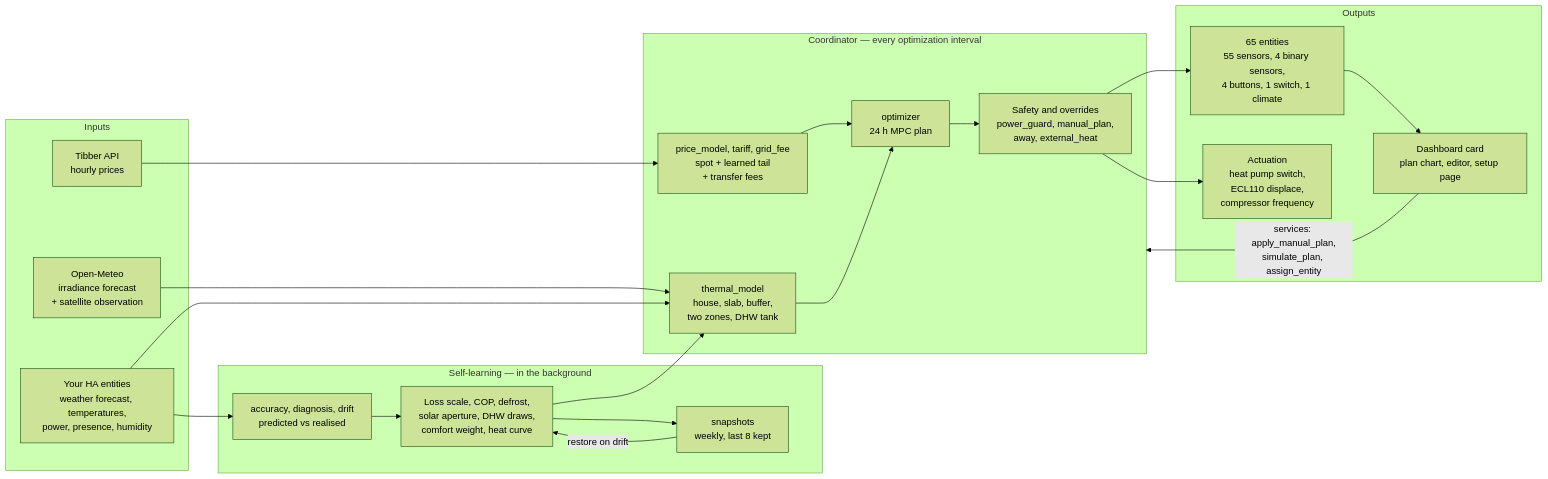
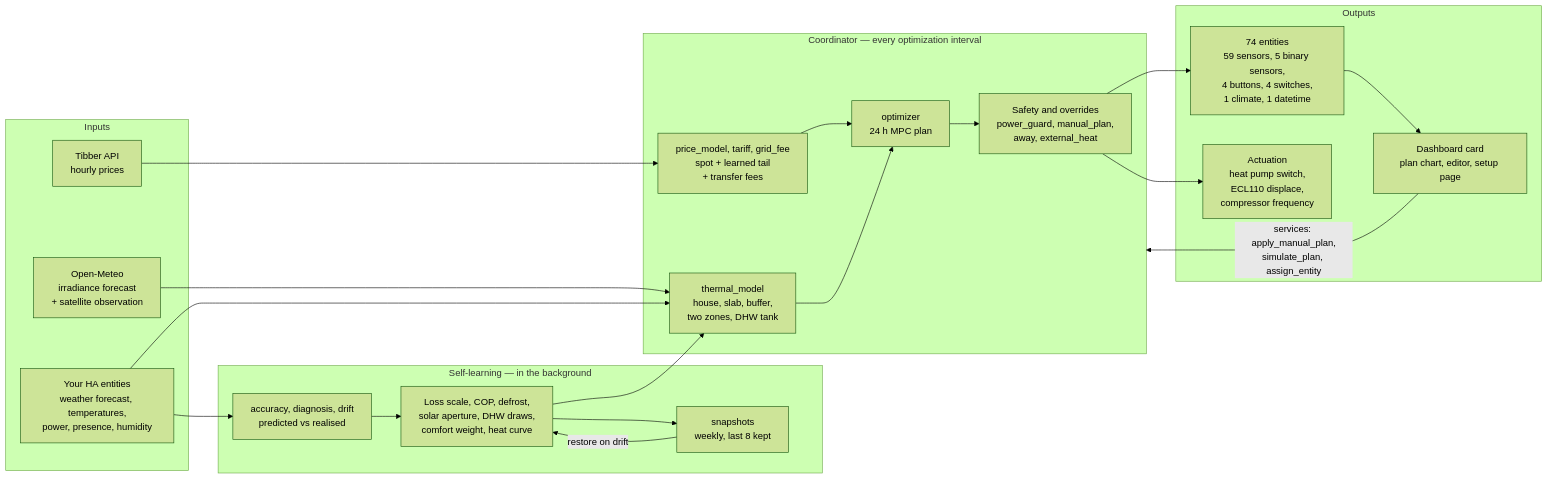
The diagram in docs/architecture.md (tvofi/heatpump_optimizer), drawn with Mermaid (forest theme) before and after one commit. The commit also changed other lines of this file and 3 other files, not shown here.

````diff
--- a/docs/architecture.md
+++ b/docs/architecture.md
@@ -13,43 +13,43 @@
 ```mermaid
 flowchart LR
     subgraph inputs["Inputs"]
         tibber["Tibber API<br/>hourly prices"]
         meteo["Open-Meteo<br/>irradiance forecast<br/>+ satellite observation"]
         ha["Your HA entities<br/>weather forecast, temperatures,<br/>power, presence, humidity"]
     end
 
     subgraph brain["Coordinator — every optimization interval"]
         pm["price_model, tariff, grid_fee<br/>spot + learned tail<br/>+ transfer fees"]
         tm["thermal_model<br/>house, slab, buffer,<br/>two zones, DHW tank"]
         opt["optimizer<br/>24 h MPC plan"]
         guard["Safety and overrides<br/>power_guard, manual_plan,<br/>away, external_heat"]
     end
 
     subgraph learn["Self-learning — in the background"]
         acc["accuracy, diagnosis, drift<br/>predicted vs realised"]
         learners["Loss scale, COP, defrost,<br/>solar aperture, DHW draws,<br/>comfort weight, heat curve"]
         snap["snapshots<br/>weekly, last 8 kept"]
     end
 
     subgraph out["Outputs"]
-        ent["65 entities<br/>55 sensors, 4 binary sensors,<br/>4 buttons, 1 switch, 1 climate"]
+        ent["74 entities<br/>59 sensors, 5 binary sensors,<br/>4 buttons, 4 switches,<br/>1 climate, 1 datetime"]
         card["Dashboard card<br/>plan chart, editor, setup page"]
         ctl["Actuation<br/>heat pump switch,<br/>ECL110 displace,<br/>compressor frequency"]
     end
 
     tibber --> pm
     meteo --> tm
     ha --> tm
     ha --> acc
     pm --> opt
     tm --> opt
     opt --> guard
     guard --> ent
     guard --> ctl
     ent --> card
     card -- "services: apply_manual_plan,<br/>simulate_plan, assign_entity" --> brain
     acc --> learners
     learners --> tm
     learners --> snap
     snap -- "restore on drift" --> learners
 ```
````
